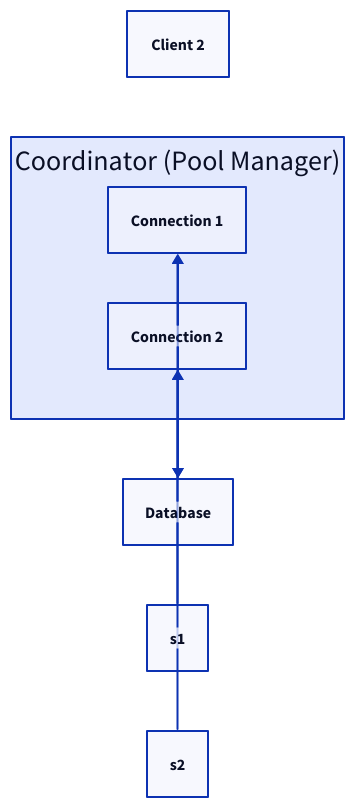
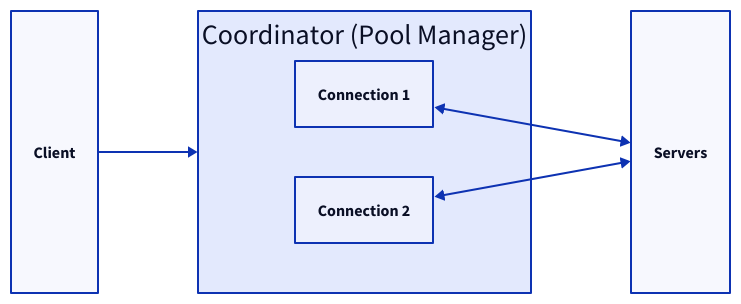
Before and after one commit to link1905/system-design-101: the fifth of 5 diagrams in content/docs/data-persistence/distributed-database/master-slave-architecture.md, drawn with D2. The commit also changed other lines of this file and 40 other files, not shown here.

````diff
--- a/content/docs/data-persistence/distributed-database/master-slave-architecture.md
+++ b/content/docs/data-persistence/distributed-database/master-slave-architecture.md
@@ -213,26 +177,23 @@
 ```d2
-direction: right
-s: Client 1 {
-    class: client
-}
-s: Client  2 {
+grid-rows: 1
+horizontal-gap: 100
+c: Client {
     class: client
 }
 p: Coordinator (Pool Manager) {
   vertical-gap: 50
   grid-rows: 2
   c1: Connection 1 {
     class: conn
   }
   c2: Connection 2 {
     class: conn
   }
 }
-d: Database {
+s: Servers {
   class: db
 }
-s1 -> p.c1
-s2 -> p.c2
-p.c1 <-> d
-p.c2 <-> d
+c -> p
+p.c1 <-> s
+p.c2 <-> s
 ```
````
